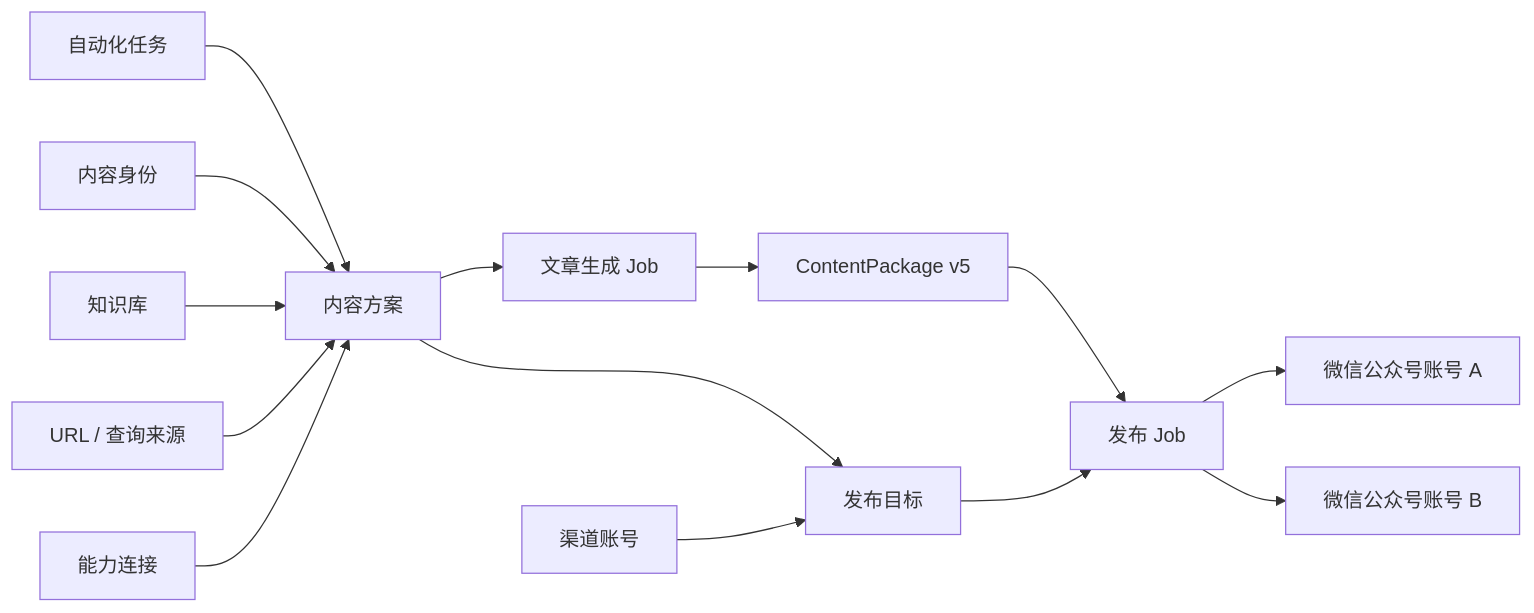
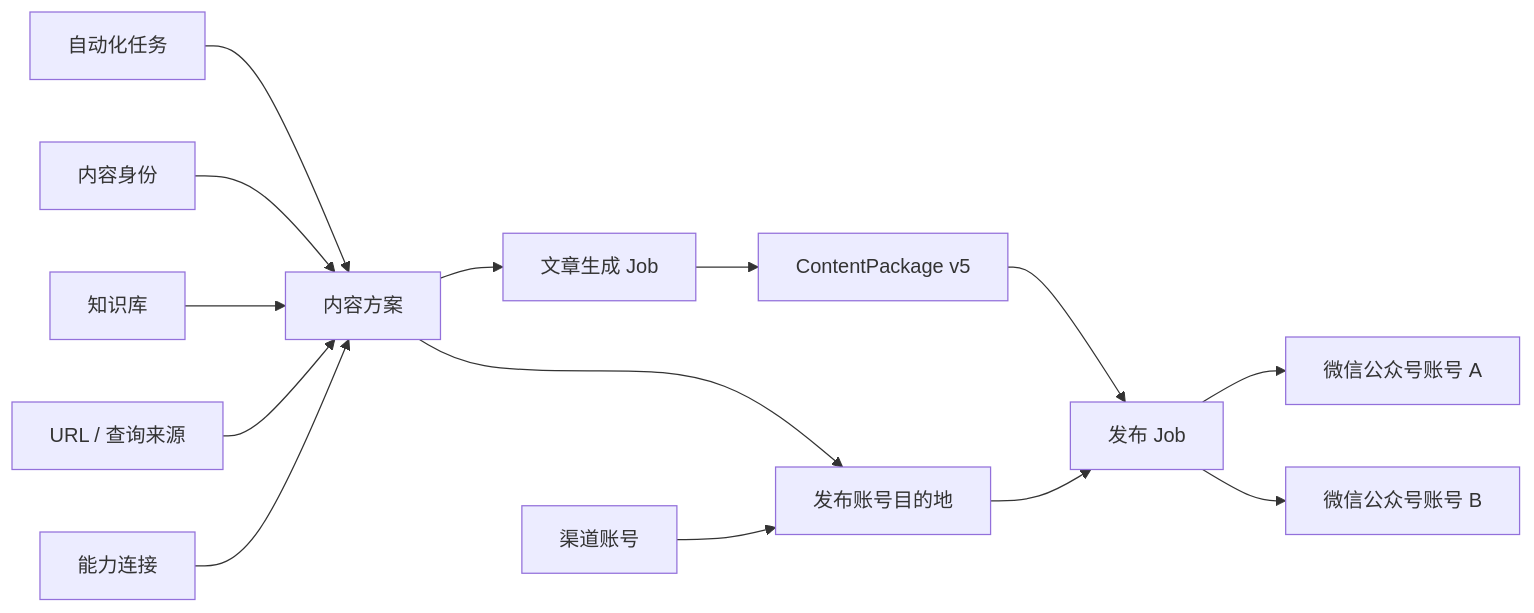
Before and after one commit to liyown/ai-trend-publish: the diagram in README.md, drawn with Mermaid. The commit also changed other lines of this file and 2 other files, not shown here.

````diff
--- a/README.md
+++ b/README.md
@@ -9,16 +9,16 @@
 ```mermaid
 flowchart LR
   U["自动化任务"] --> P
   I["内容身份"] --> P["内容方案"]
   K["知识库"] --> P
   S["URL / 查询来源"] --> P
   C["能力连接"] --> P
   P --> J["文章生成 Job"]
   J --> Q["ContentPackage v5"]
   Q --> B["发布 Job"]
-  P --> T["发布目标"]
+  P --> T["发布账号目的地"]
   A["渠道账号"] --> T
   T --> B
   B --> W1["微信公众号账号 A"]
   B --> W2["微信公众号账号 B"]
 ```
````
